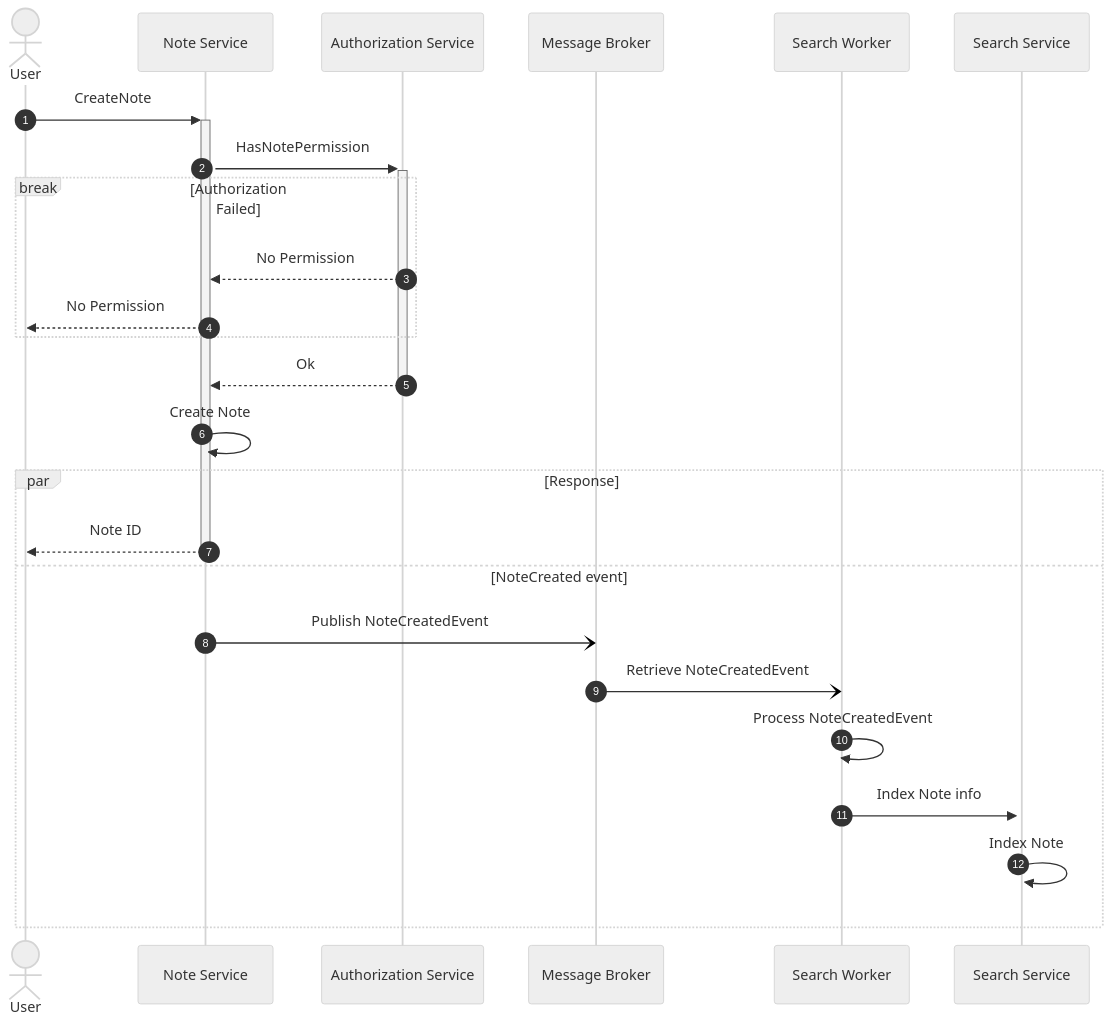
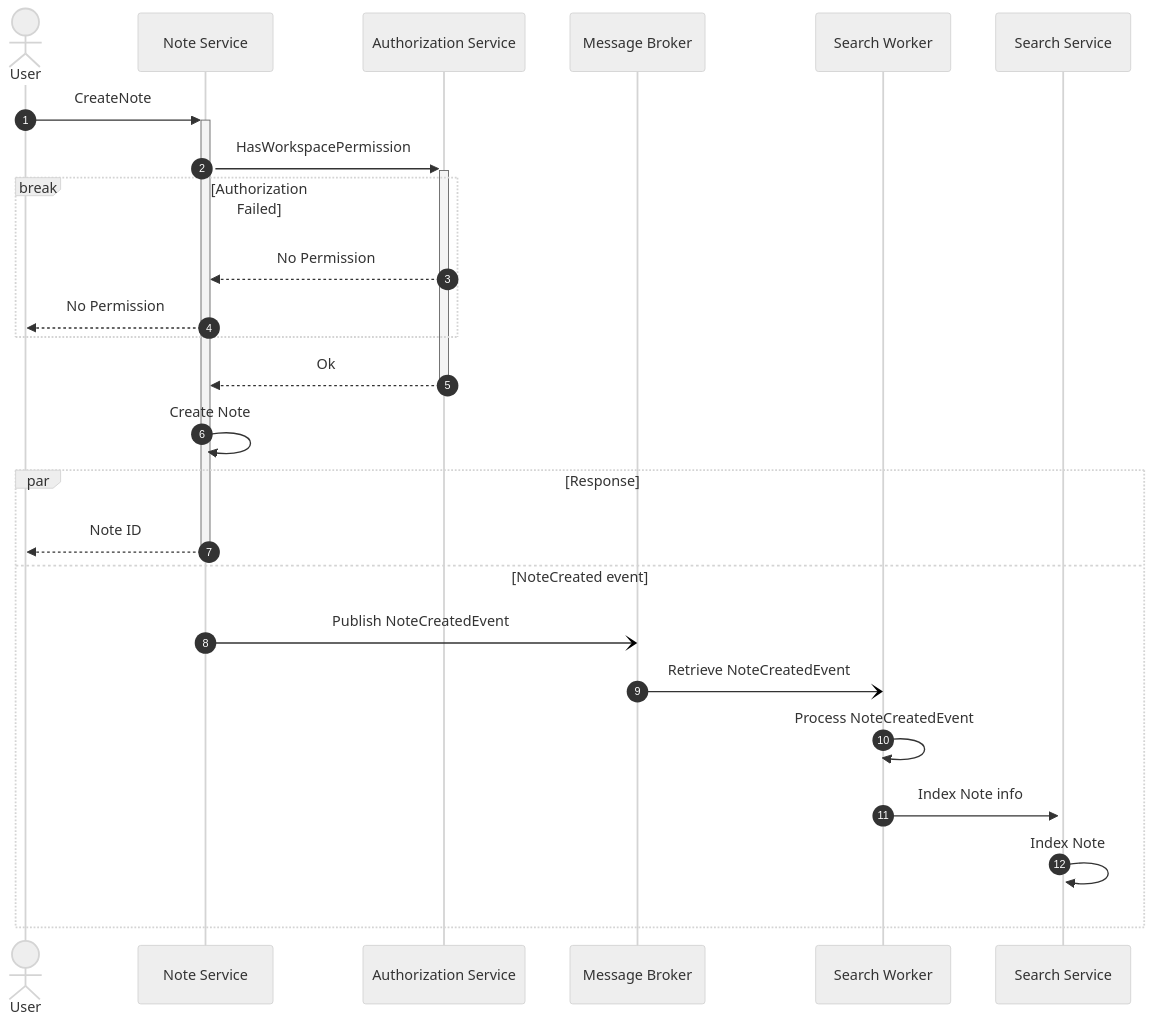
One commit to notopia-uit/notopia changed the first of 5 diagrams in docs/src/references/sequence/note.md. Above: the diagram before and after it, drawn with Mermaid (neutral theme). The commit also changed other lines of this file and 17 other files, not shown here.

````diff
--- a/docs/src/references/sequence/note.md
+++ b/docs/src/references/sequence/note.md
@@ -12,29 +12,29 @@
 ```mermaid
 sequenceDiagram
     autonumber
 
     actor U as User
     participant NS as Note Service
     participant AS as Authorization Service
     participant MB as Message Broker
     participant SW as Search Worker
     participant SS as Search Service
 
     U->>+NS: CreateNote
-    NS->>+AS: HasNotePermission
+    NS->>+AS: HasWorkspacePermission
     break Authorization Failed
         AS-->>NS: No Permission
         NS-->>U: No Permission
     end
     AS-->>-NS: Ok
     NS->>NS: Create Note
     par Response
         NS-->>-U: Note ID
     and NoteCreated event
         NS-)MB: Publish NoteCreatedEvent
         MB-)SW: Retrieve NoteCreatedEvent
         SW->>SW: Process NoteCreatedEvent
         SW->>+SS: Index Note info
         SS->>+SS: Index Note
     end
 ```
````
